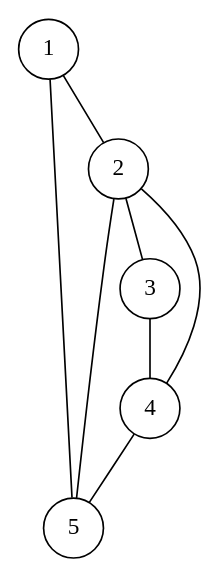
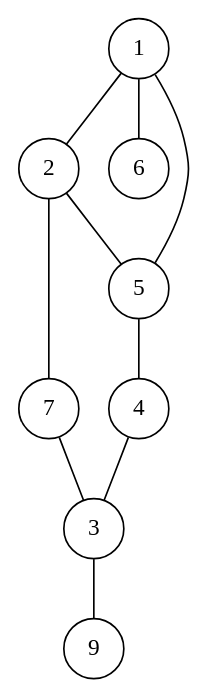
The diagram in example.dot (GeorgeErickson/job_prep), drawn with Graphviz before and after one commit. The commit also changed 4 other files, not shown here.

Commit message:
Graphviz

```diff
--- a/example.dot
+++ b/example.dot
@@ -1,16 +1,12 @@
 graph A {
 	node [shape = circle];
-	1
-	5
-	3
-	4
-	2
-  1 -- 2
-	4 -- 5
-	3 -- 4
-	
-	2 -- 5
-	2 -- 3
-	2 -- 4
-	1 -- 5
+1 -- 2
+1 -- 6
+1 -- 5
+2 -- 7
+2 -- 5
+5 -- 4
+7 -- 3
+4 -- 3
+3 -- 9
 }
```
